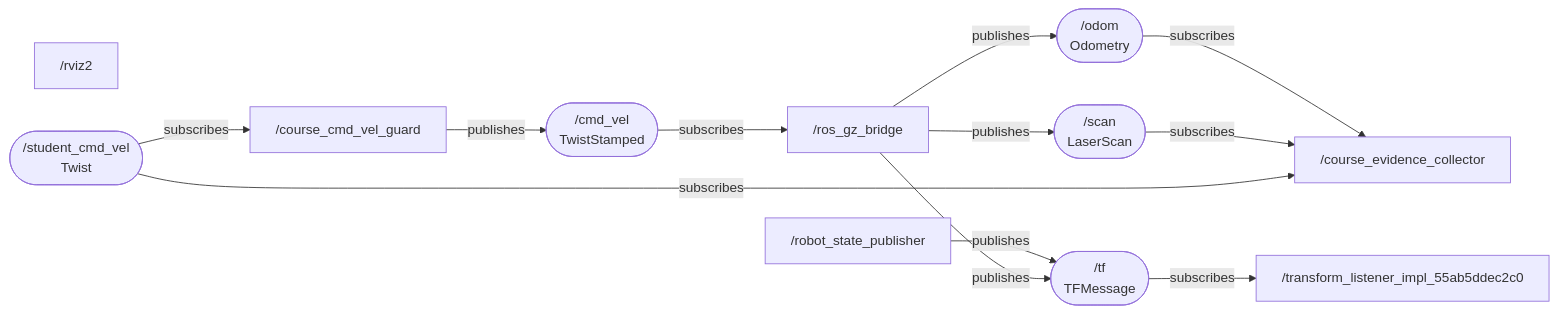
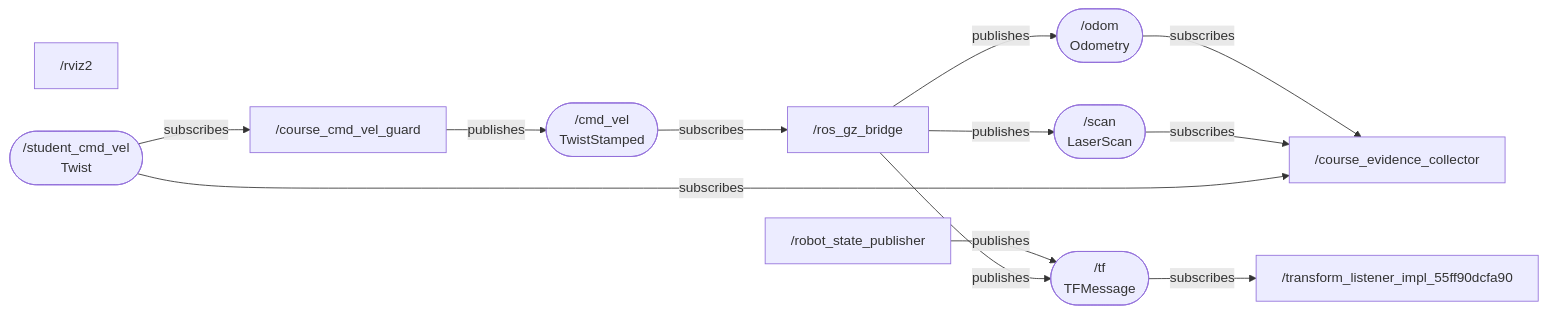
Before and after one commit to lincalvin76/robotics-fall2026: the diagram in week01_ros_foundations/student_submission/mission_1/ros_system_diagram.md, drawn with Mermaid. The commit also changed 5 other files, not shown here.

````diff
--- a/week01_ros_foundations/student_submission/mission_1/ros_system_diagram.md
+++ b/week01_ros_foundations/student_submission/mission_1/ros_system_diagram.md
@@ -3,25 +3,25 @@
 ```mermaid
 flowchart LR
   n0["/course_cmd_vel_guard"]
   n1["/course_evidence_collector"]
   n2["/robot_state_publisher"]
   n3["/ros_gz_bridge"]
   n4["/rviz2"]
-  n5["/transform_listener_impl_55ab5ddec2c0"]
+  n5["/transform_listener_impl_55ff90dcfa90"]
   t0(["/cmd_vel<br/>TwistStamped"])
   n0 -->|publishes| t0
   t0 -->|subscribes| n3
   t1(["/odom<br/>Odometry"])
   n3 -->|publishes| t1
   t1 -->|subscribes| n1
   t2(["/scan<br/>LaserScan"])
   n3 -->|publishes| t2
   t2 -->|subscribes| n1
   t3(["/student_cmd_vel<br/>Twist"])
   t3 -->|subscribes| n0
   t3 -->|subscribes| n1
   t4(["/tf<br/>TFMessage"])
   n2 -->|publishes| t4
   n3 -->|publishes| t4
   t4 -->|subscribes| n5
 ```
````
